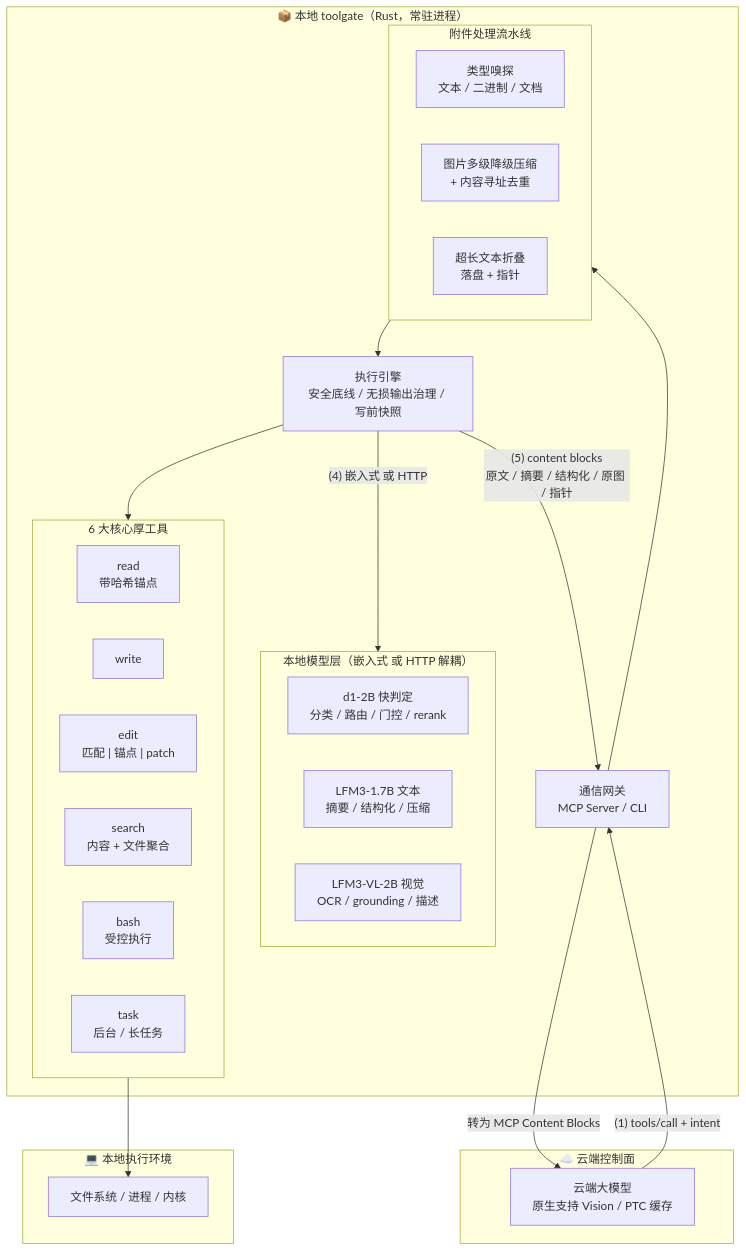
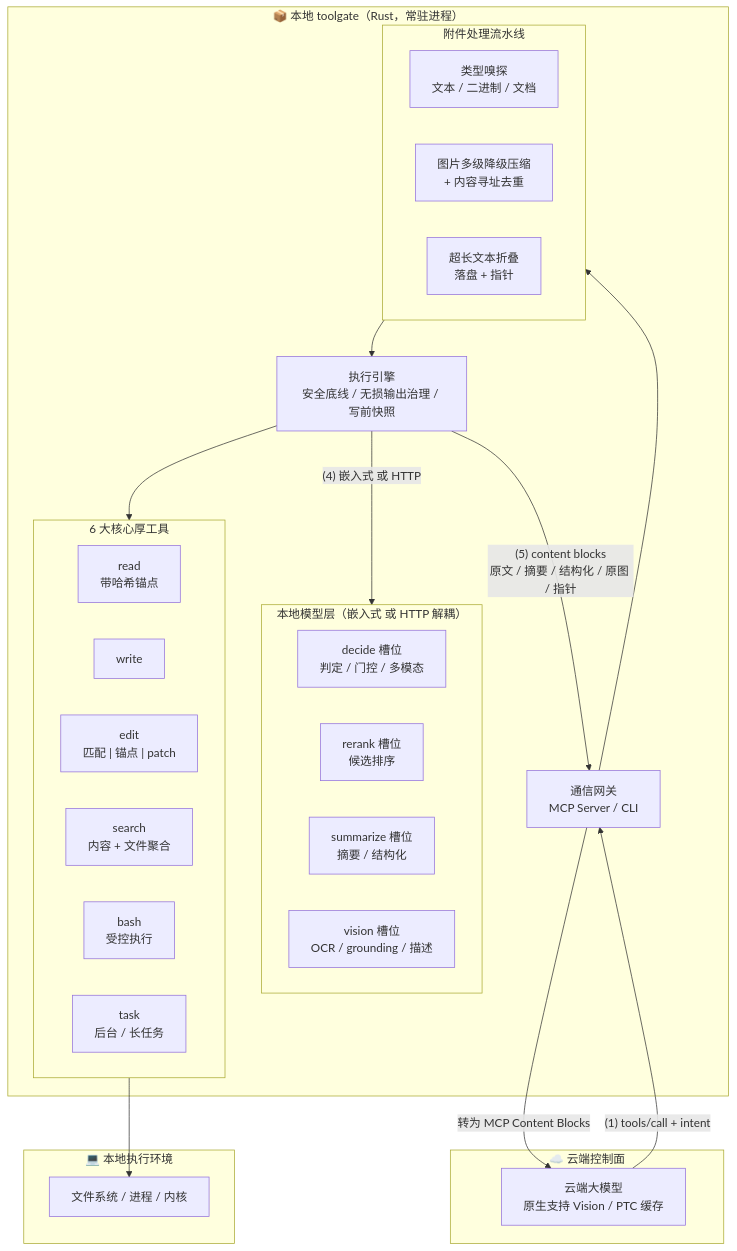
Before and after one commit to lws2004/toolgate: the first of 2 diagrams in docs/architecture.md, drawn with Mermaid. The commit also changed other lines of this file and 5 other files, not shown here.

````diff
--- a/docs/architecture.md
+++ b/docs/architecture.md
@@ -85,47 +85,48 @@
 ```mermaid
 flowchart TD
     subgraph Cloud["☁️ 云端控制面"]
         CloudLLM["云端大模型<br/>原生支持 Vision / PTC 缓存"]
     end
 
     subgraph LocalTool["📦 本地 toolgate（Rust，常驻进程）"]
         Gateway["通信网关<br/>MCP Server / CLI"]
 
         subgraph AttachmentPipeline["附件处理流水线"]
             TypeSniffer["类型嗅探<br/>文本 / 二进制 / 文档"]
             ImgProcessor["图片多级降级压缩<br/>+ 内容寻址去重"]
             TextFolder["超长文本折叠<br/>落盘 + 指针"]
         end
 
         subgraph ModelLayer["本地模型层（嵌入式 或 HTTP 解耦）"]
-            Router["d1-2B 快判定<br/>分类 / 路由 / 门控 / rerank"]
-            TextSLM["LFM3-1.7B 文本<br/>摘要 / 结构化 / 压缩"]
-            VisionSLM["LFM3-VL-2B 视觉<br/>OCR / grounding / 描述"]
+            Decider["decide 槽位<br/>判定 / 门控 / 多模态"]
+            Reranker["rerank 槽位<br/>候选排序"]
+            TextSLM["summarize 槽位<br/>摘要 / 结构化"]
+            VisionSLM["vision 槽位<br/>OCR / grounding / 描述"]
         end
 
         Engine["执行引擎<br/>安全底线 / 无损输出治理 / 写前快照"]
 
         subgraph Executors["6 大核心厚工具"]
             direction LR
             T1["read<br/>带哈希锚点"]
             T2["write"]
             T3["edit<br/>匹配 | 锚点 | patch"]
             T4["search<br/>内容 + 文件聚合"]
             T5["bash<br/>受控执行"]
             T6["task<br/>后台 / 长任务"]
         end
     end
 
     subgraph LocalOS["💻 本地执行环境"]
         OS["文件系统 / 进程 / 内核"]
     end
 
     CloudLLM -- "(1) tools/call + intent" --> Gateway
     Gateway --> AttachmentPipeline
     AttachmentPipeline --> Engine
     Engine -- "(4) 嵌入式 或 HTTP" --> ModelLayer
     Engine --> Executors
     Executors --> OS
     Engine -- "(5) content blocks<br/>原文 / 摘要 / 结构化 / 原图 / 指针" --> Gateway
     Gateway -- "转为 MCP Content Blocks" --> CloudLLM
 ```
````
